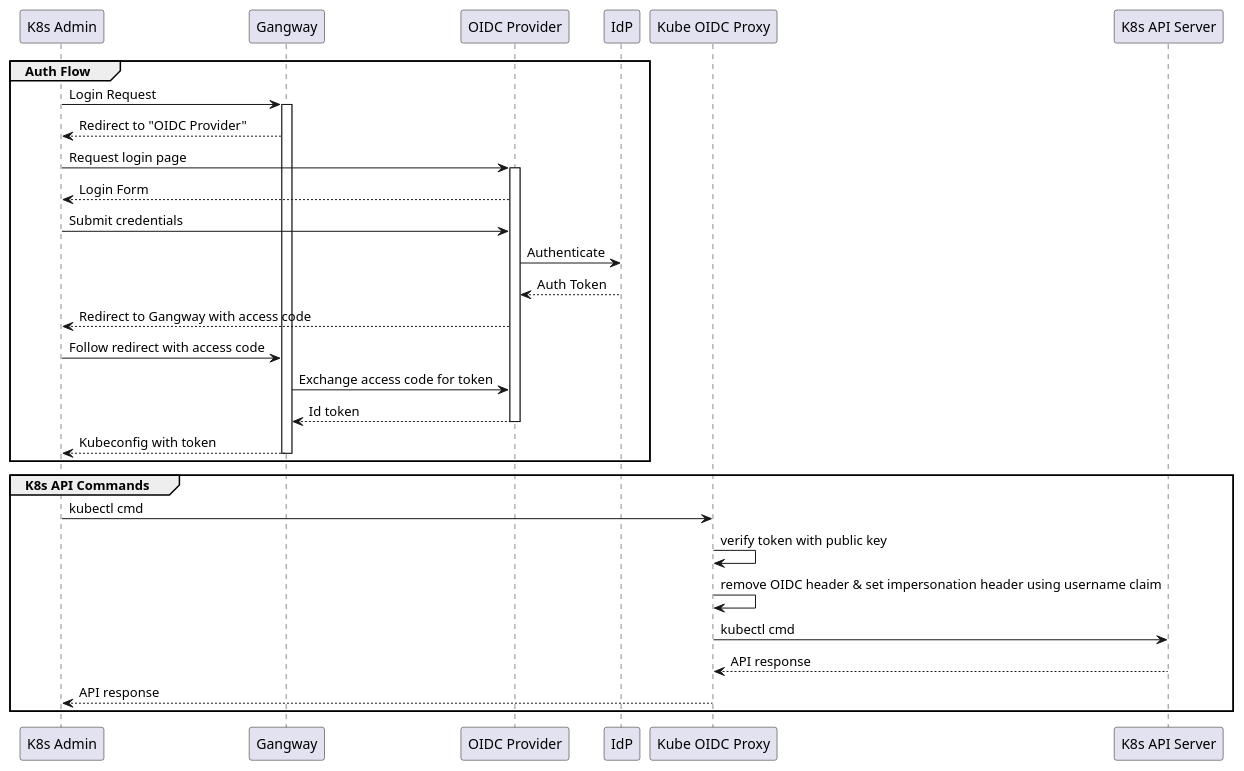
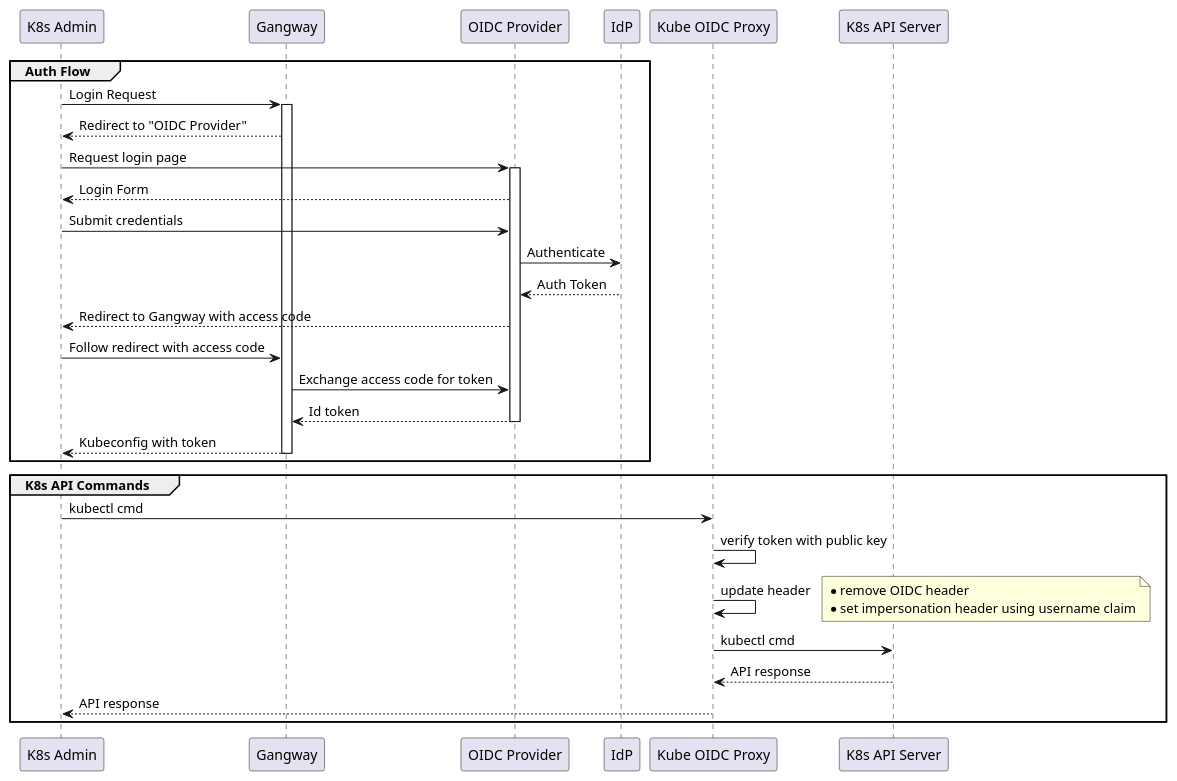
One commit to retaildevcrews/aks-oidc-proxy changed the diagram in docs/diagrams/source/oidc-proxy-auth-flow.puml. Above: the diagram before and after it, drawn with PlantUML.

Commit message:
added note to diagram

```diff
--- a/docs/diagrams/source/oidc-proxy-auth-flow.puml
+++ b/docs/diagrams/source/oidc-proxy-auth-flow.puml
@@ -1,28 +1,32 @@
 @startuml AKS-OIDC-Login-and-K8s-Request
 group Auth Flow
     "K8s Admin"->Gangway: Login Request
     activate Gangway 
     Gangway -->"K8s Admin": Redirect to "OIDC Provider"
     "K8s Admin" -> "OIDC Provider":Request login page
     activate "OIDC Provider" 
     "OIDC Provider" --> "K8s Admin": Login Form
     "K8s Admin"-> "OIDC Provider": Submit credentials
     "OIDC Provider" -> IdP: Authenticate
     IdP --> "OIDC Provider": Auth Token
     "OIDC Provider" --> "K8s Admin": Redirect to Gangway with access code
     "K8s Admin" -> Gangway: Follow redirect with access code
     Gangway -> "OIDC Provider": Exchange access code for token
     "OIDC Provider" --> Gangway: Id token
     deactivate "OIDC Provider"
     Gangway --> "K8s Admin": Kubeconfig with token
     deactivate Gangway
 end
 group K8s API Commands
     "K8s Admin"->"Kube OIDC Proxy": kubectl cmd
     "Kube OIDC Proxy" -> "Kube OIDC Proxy": verify token with public key
-    "Kube OIDC Proxy" -> "Kube OIDC Proxy": remove OIDC header & set impersonation header using username claim
+    "Kube OIDC Proxy" -> "Kube OIDC Proxy": update header
+    note right
+        * remove OIDC header 
+        * set impersonation header using username claim
+    end note
     "Kube OIDC Proxy" -> "K8s API Server": kubectl cmd
     "K8s API Server" --> "Kube OIDC Proxy": API response
     "Kube OIDC Proxy" --> "K8s Admin": API response
 end
 @enduml 
```
